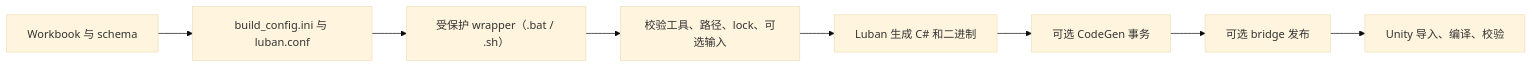
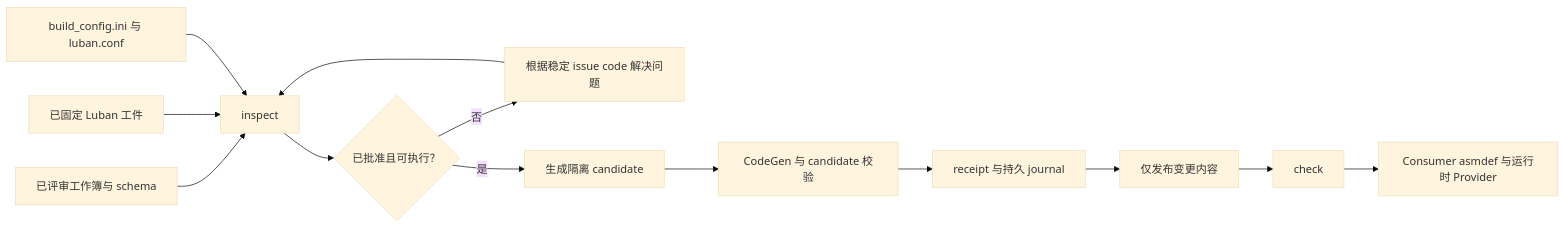
The diagram in DataTable/Luban/README.SCH.md (MaiKuraki/UnityStarter), drawn with Mermaid (base theme) before and after one commit. The commit also changed other lines of this file and 154 other files, not shown here.

````diff
--- a/DataTable/Luban/README.SCH.md
+++ b/DataTable/Luban/README.SCH.md
@@ -59,10 +11,15 @@
 ```mermaid
 flowchart LR
-    A[Workbook 与 schema] --> B[build_config.ini 与 luban.conf]
-    B --> C[受保护 wrapper（.bat / .sh）]
-    C --> D[校验工具、路径、lock、可选输入]
-    D --> E[Luban 生成 C# 和二进制]
-    E --> F[可选 CodeGen 事务]
-    F --> G[可选 bridge 发布]
-    G --> H[Unity 导入、编译、校验]
+    A["已评审工作簿与 schema"] --> B["inspect"]
+    C["已固定 Luban 工件"] --> B
+    D["build_config.ini 与 luban.conf"] --> B
+    B --> E{"已批准且可执行？"}
+    E -- "否" --> F["根据稳定 issue code 解决问题"]
+    F --> B
+    E -- "是" --> G["生成隔离 candidate"]
+    G --> H["CodeGen 与 candidate 校验"]
+    H --> I["receipt 与持久 journal"]
+    I --> J["仅发布变更内容"]
+    J --> K["check"]
+    K --> L["Consumer asmdef 与运行时 Provider"]
 ```
````
